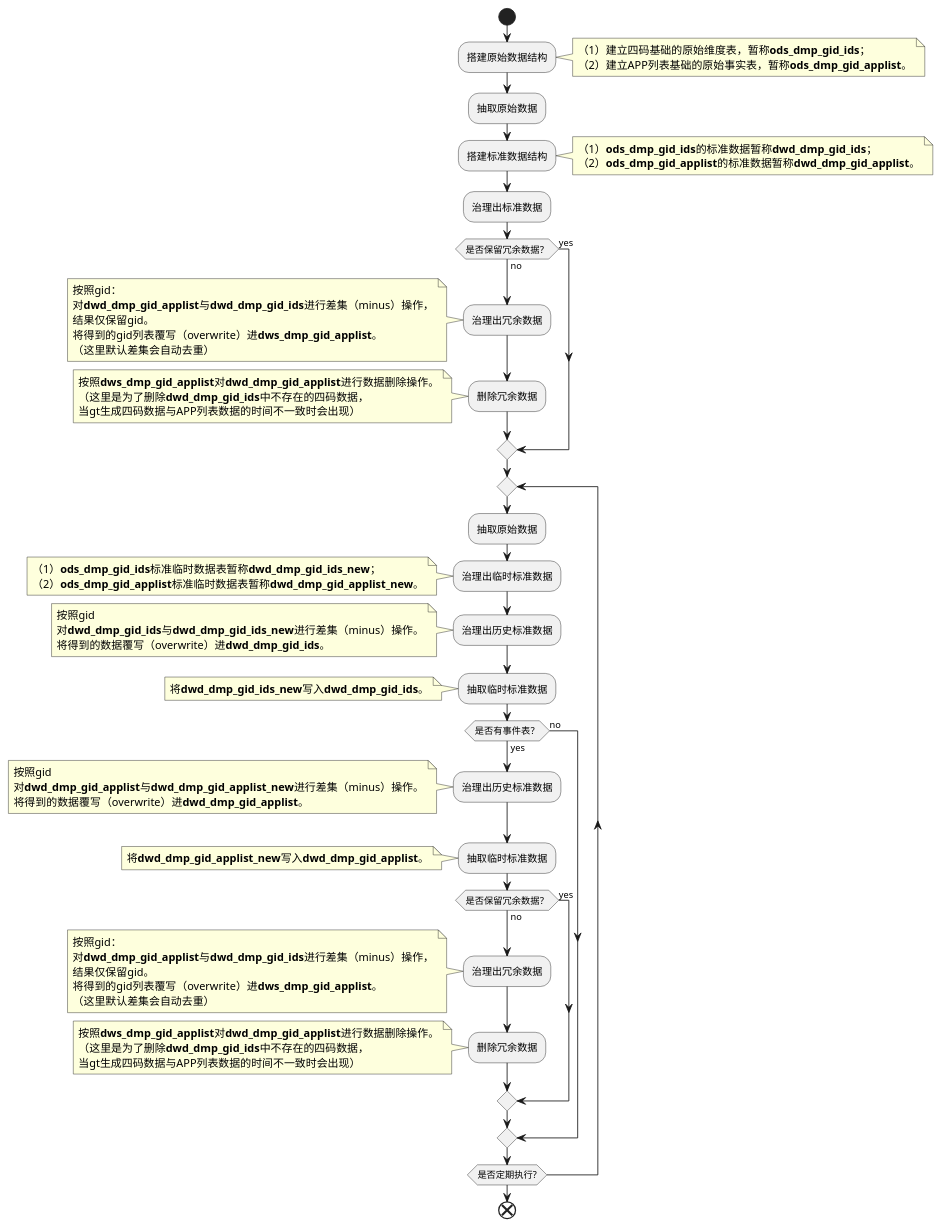
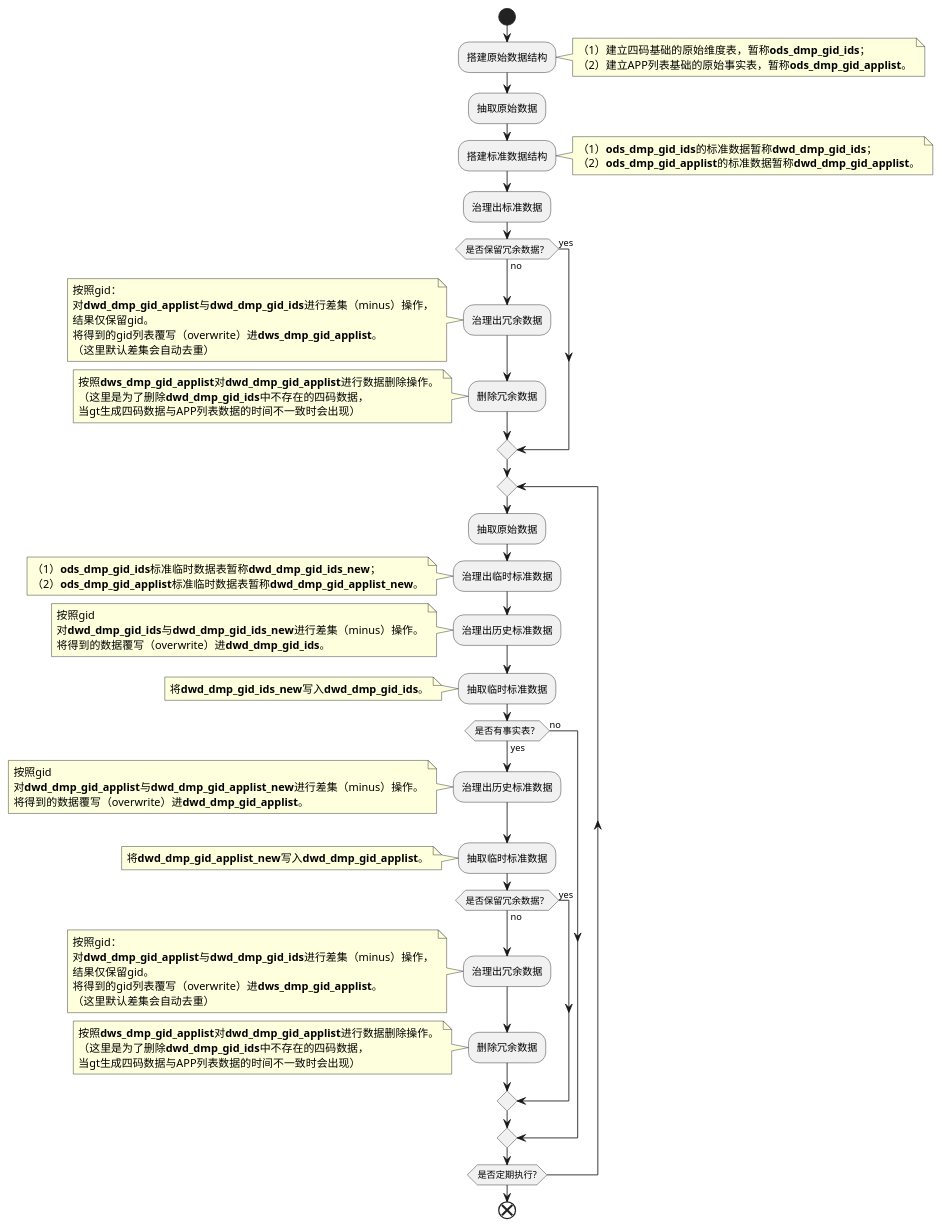
Before and after one commit to igamenine/study: the diagram in other/数据治理流程图.wsd, drawn with PlantUML. The commit also changed 6 other files, not shown here.

```diff
--- a/other/数据治理流程图.wsd
+++ b/other/数据治理流程图.wsd
@@ -1,81 +1,81 @@
 @startuml
 start
 :搭建原始数据结构;
 note right
 （1）建立四码基础的原始维度表，暂称**ods_dmp_gid_ids**；
 （2）建立APP列表基础的原始事实表，暂称**ods_dmp_gid_applist**。
 end note
 :抽取原始数据;
 :搭建标准数据结构;
 note right
 （1）**ods_dmp_gid_ids**的标准数据暂称**dwd_dmp_gid_ids**；
 （2）**ods_dmp_gid_applist**的标准数据暂称**dwd_dmp_gid_applist**。
 end note
 :治理出标准数据;
 if (是否保留冗余数据？) then (yes)
 else (no)
 :治理出冗余数据;
 note left
 按照gid：
 对**dwd_dmp_gid_applist**与**dwd_dmp_gid_ids**进行差集（minus）操作，
 结果仅保留gid。
 将得到的gid列表覆写（overwrite）进**dws_dmp_gid_applist**。
 （这里默认差集会自动去重）
 end note
 :删除冗余数据;
 note left
 按照**dws_dmp_gid_applist**对**dwd_dmp_gid_applist**进行数据删除操作。
 （这里是为了删除**dwd_dmp_gid_ids**中不存在的四码数据，
 当gt生成四码数据与APP列表数据的时间不一致时会出现）
 end note
 endif
 repeat
 :抽取原始数据;
 :治理出临时标准数据;
 note left
 （1）**ods_dmp_gid_ids**标准临时数据表暂称**dwd_dmp_gid_ids_new**；
 （2）**ods_dmp_gid_applist**标准临时数据表暂称**dwd_dmp_gid_applist_new**。
 end note
 :治理出历史标准数据;
 note left
 按照gid
 对**dwd_dmp_gid_ids**与**dwd_dmp_gid_ids_new**进行差集（minus）操作。
 将得到的数据覆写（overwrite）进**dwd_dmp_gid_ids**。
 end note
 :抽取临时标准数据;
 note left
 将**dwd_dmp_gid_ids_new**写入**dwd_dmp_gid_ids**。
 end note
-if(是否有事件表？) then (yes)
+if(是否有事实表？) then (yes)
 :治理出历史标准数据;
 note left
 按照gid
 对**dwd_dmp_gid_applist**与**dwd_dmp_gid_applist_new**进行差集（minus）操作。
 将得到的数据覆写（overwrite）进**dwd_dmp_gid_applist**。
 end note
 :抽取临时标准数据;
 note left
 将**dwd_dmp_gid_applist_new**写入**dwd_dmp_gid_applist**。
 end note
 if (是否保留冗余数据？) then (yes)
 else (no)
 :治理出冗余数据;
 note left
 按照gid：
 对**dwd_dmp_gid_applist**与**dwd_dmp_gid_ids**进行差集（minus）操作，
 结果仅保留gid。
 将得到的gid列表覆写（overwrite）进**dws_dmp_gid_applist**。
 （这里默认差集会自动去重）
 end note
 :删除冗余数据;
 note left
 按照**dws_dmp_gid_applist**对**dwd_dmp_gid_applist**进行数据删除操作。
 （这里是为了删除**dwd_dmp_gid_ids**中不存在的四码数据，
 当gt生成四码数据与APP列表数据的时间不一致时会出现）
 end note
 endif
 else (no)
 endif
 repeat while (是否定期执行?)
 end
 @enduml
```
